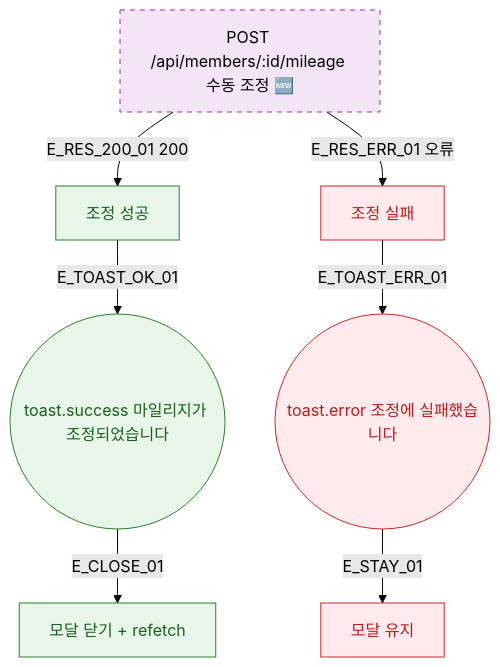
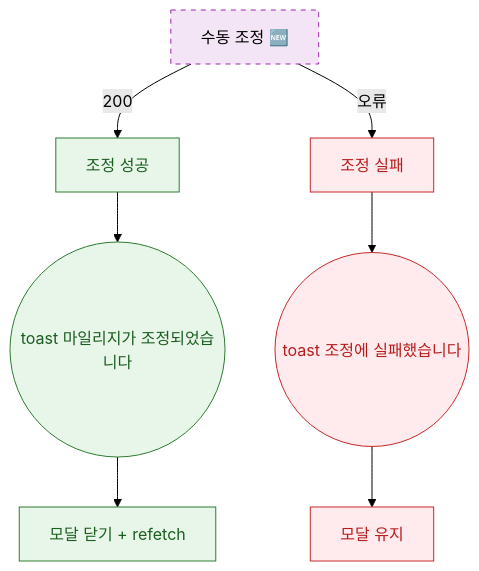
Before and after one commit to dev-spogym/admin-pando: the diagram in docs/다이어그램/D02_회원관리/DLG/DLG-M021_마일리지조정/M3_결과분기.md, drawn with Mermaid (forest theme). The commit also changed other lines of this file and 1660 other files, not shown here.

First line of the commit message:
다이어그램: 기획자/클라이언트 납품본으로 정리

````diff
--- a/docs/다이어그램/D02_회원관리/DLG/DLG-M021_마일리지조정/M3_결과분기.md
+++ b/docs/다이어그램/D02_회원관리/DLG/DLG-M021_마일리지조정/M3_결과분기.md
@@ -22,21 +20,21 @@
 ```mermaid
 flowchart TD
-  API[POST /api/members/:id/mileage 수동 조정 🆕]
+  API[수동 조정 🆕]
 
-  API -->|E_RES_200_01 200| SUCCESS[조정 성공]
-  API -->|E_RES_ERR_01 오류| FAIL[조정 실패]
+  API -->|200|SUCCESS[조정 성공]
+  API -->|오류|FAIL[조정 실패]
 
-  SUCCESS -->|E_TOAST_OK_01| TOAST_OK((toast.success 마일리지가 조정되었습니다))
-  TOAST_OK -->|E_CLOSE_01| POST_OK[모달 닫기 + refetch]
+  SUCCESS --> TOAST_OK((toast 마일리지가 조정되었습니다))
+  TOAST_OK --> POST_OK[모달 닫기 + refetch]
 
-  FAIL -->|E_TOAST_ERR_01| TOAST_ERR((toast.error 조정에 실패했습니다))
-  TOAST_ERR -->|E_STAY_01| MODAL_STAY[모달 유지]
+  FAIL --> TOAST_ERR((toast 조정에 실패했습니다))
+  TOAST_ERR --> MODAL_STAY[모달 유지]
 
   classDef newFeature fill:#F3E5F5,stroke:#9C27B0,stroke-dasharray:5 5
-  classDef success    fill:#E8F5E9,stroke:#2E7D32,color:#1B5E20
-  classDef error      fill:#FFEBEE,stroke:#C62828,color:#B71C1C
+  classDef success fill:#E8F5E9,stroke:#2E7D32,color:#1B5E20
+  classDef error fill:#FFEBEE,stroke:#C62828,color:#B71C1C
 
   class API newFeature
   class SUCCESS,TOAST_OK,POST_OK success
   class FAIL,TOAST_ERR,MODAL_STAY error
 ```
````
